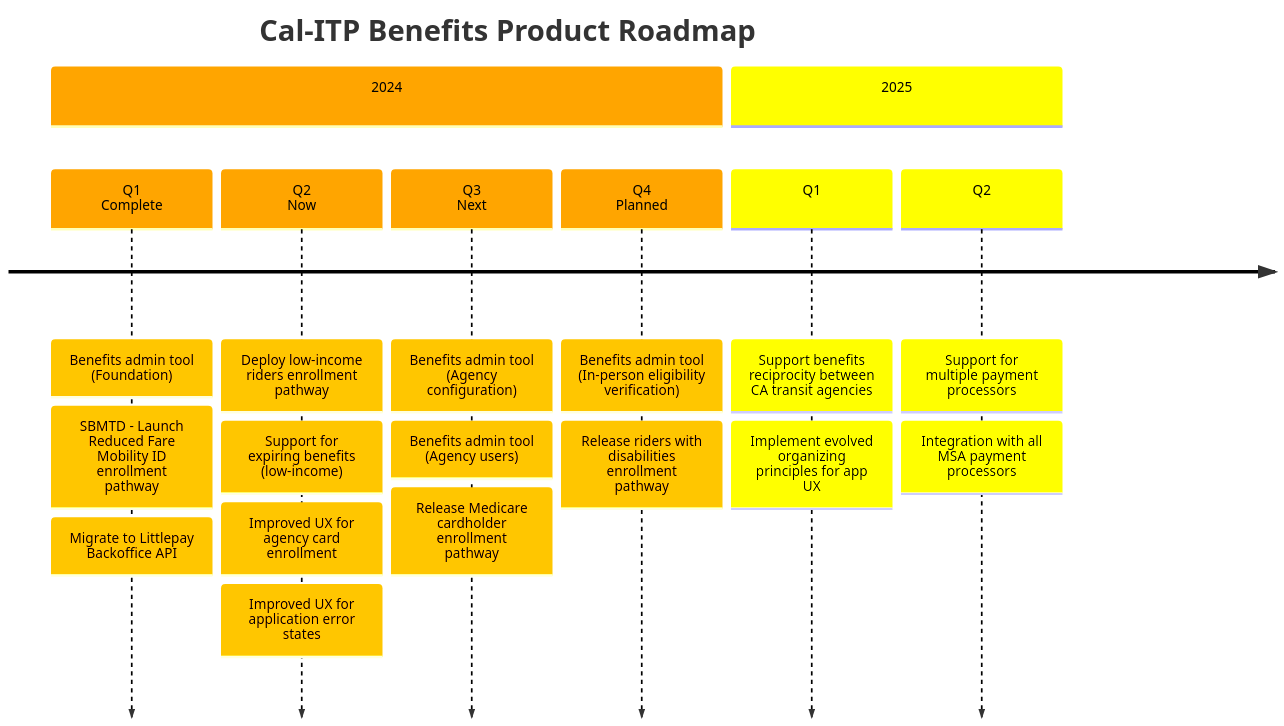
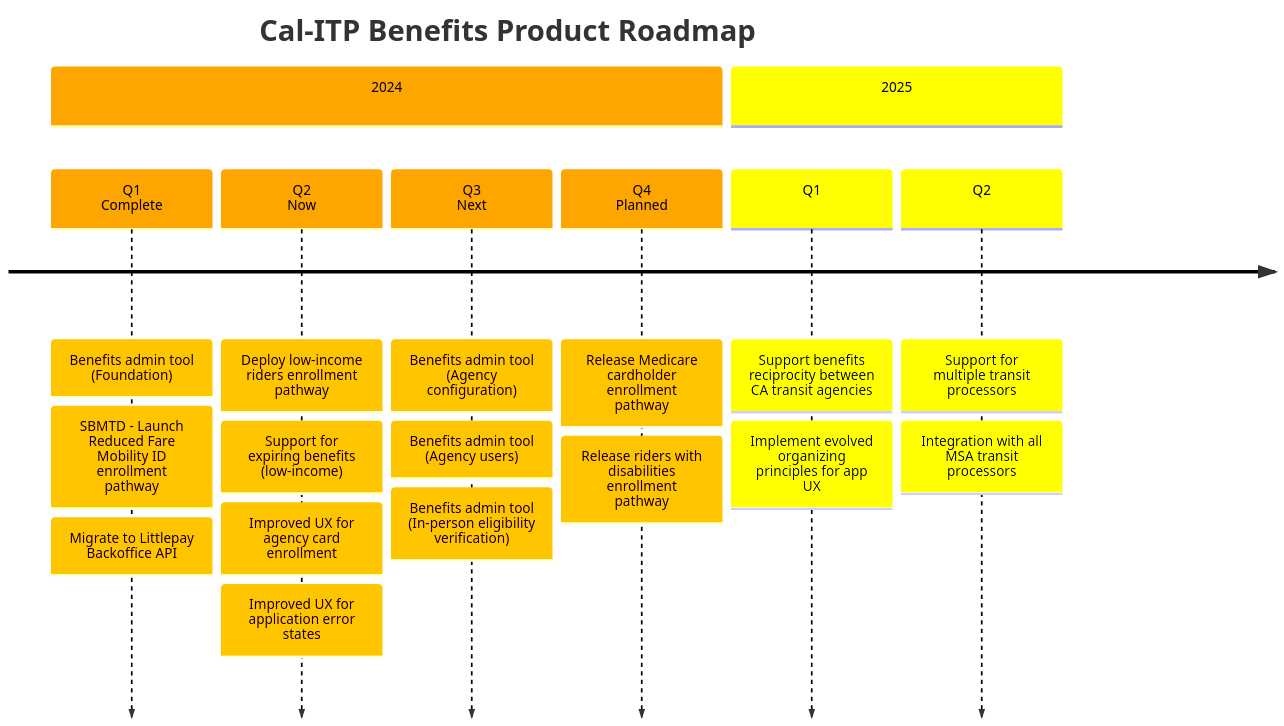
The diagram in docs/enrollment-pathways/README.md (cal-itp/benefits), drawn with Mermaid before and after one commit.

Commit message:
Roadmap updates
- Moved Benefits admin (in-person eligibility) to Q3 from Q4
- Moved Medicare cardholder enrollments to Q4 from Q3
- Changed references to "payment processor" to "transit processor," the more correct term.

````diff
--- a/docs/enrollment-pathways/README.md
+++ b/docs/enrollment-pathways/README.md
@@ -19,54 +19,54 @@
 ```mermaid
 timeline
     title Cal-ITP Benefits Product Roadmap
 %% Cal-ITP Benefits Epics (2024)
           section 2024
 
           Q1<br>Complete
           : Benefits admin tool (Foundation)
           : SBMTD - Launch Reduced Fare Mobility ID enrollment pathway
           : Migrate to Littlepay Backoffice API
 
           Q2<br>Now
           : Deploy low-income riders enrollment pathway
           : Support for expiring benefits (low-income)
           : Improved UX for agency card enrollment
           : Improved UX for application error states
           %% : Release enhancements to Veterans pathway
 
           Q3<br>Next
           : Benefits admin tool (Agency configuration)
           : Benefits admin tool (Agency users)
-          : Release Medicare cardholder enrollment pathway
+          : Benefits admin tool (In-person eligibility verification)
 
           Q4<br>Planned
-          : Benefits admin tool (In-person eligibility verification)
+          : Release Medicare cardholder enrollment pathway
           : Release riders with disabilities enrollment pathway
 
 %% Cal-ITP Benefits Epics (2025)
           section 2025
 
           Q1
           : Support benefits reciprocity between CA transit agencies
           : Implement evolved organizing principles for app UX
 
           Q2
-          : Support for multiple payment processors
-          : Integration with all MSA payment processors
+          : Support for multiple transit processors
+          : Integration with all MSA transit processors
 
 %%{
     init: {
         'logLevel': 'debug',
         'theme': 'default' ,
         'themeVariables': {
             'cScale0': '#ffa500', 'cScaleLabel0': '#000000',
             'cScale1': '#ffff00', 'cScaleLabel1': '#000000',
             'cScale2': '#ffff00', 'cScaleLabel2': '#000000',
             'cScale3': '#008000', 'cScaleLabel3': '#ffffff',
             'cScale4': '#0000ff', 'cScaleLabel4': '#ffffff',
             'cScale5': '#4b0082', 'cScaleLabel5': '#ffffff',
             'cScale6': '#000000', 'cScaleLabel6': '#ffffff'
         }
     }
 }%%
 ```
````
